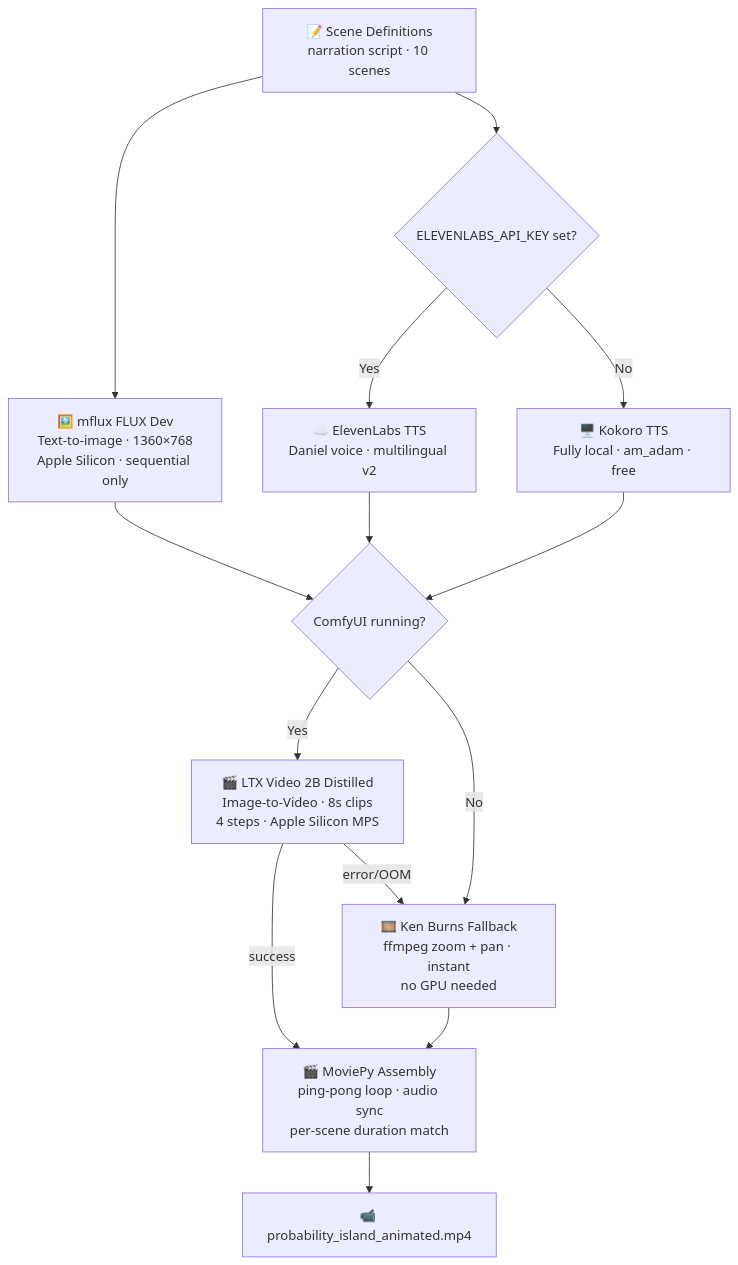
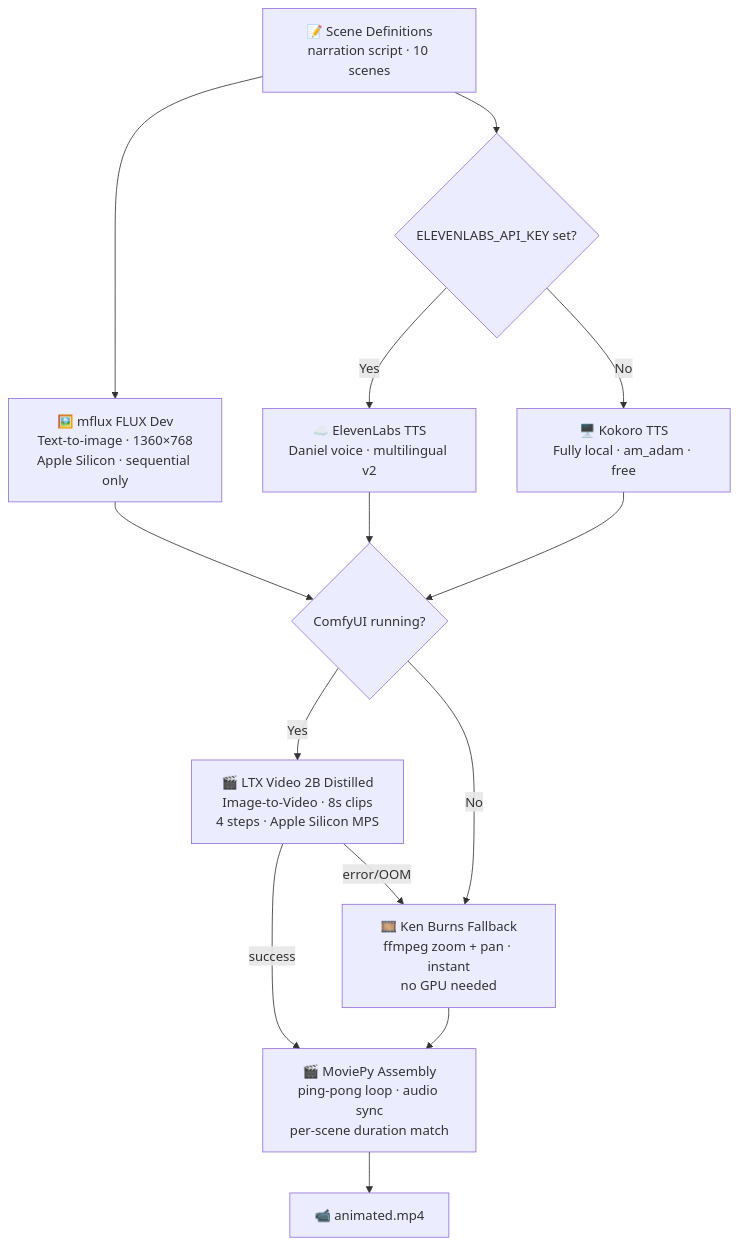
One commit to LakshmiSravyaVedantham/gurukul-ai changed the diagram in README.md. Above: the diagram before and after it, drawn with Mermaid.

````diff
--- a/README.md
+++ b/README.md
@@ -3,27 +3,27 @@
 ```mermaid
 flowchart TD
     A[📝 Scene Definitions\nnarration script · 10 scenes] --> B
     A --> C
 
     B[🖼️ mflux FLUX Dev\nText-to-image · 1360×768\nApple Silicon · sequential only]
 
     C{ELEVENLABS_API_KEY set?}
     C -- Yes --> D[☁️ ElevenLabs TTS\nDaniel voice · multilingual v2]
     C -- No  --> E[🖥️ Kokoro TTS\nFully local · am_adam · free]
 
     B --> F
     D --> F
     E --> F
 
     F{ComfyUI running?}
     F -- Yes --> G[🎬 LTX Video 2B Distilled\nImage-to-Video · 8s clips\n4 steps · Apple Silicon MPS]
     F -- No  --> H[🎞️ Ken Burns Fallback\nffmpeg zoom + pan · instant\nno GPU needed]
 
     G -- success --> I
     G -- error/OOM --> H
     H --> I
 
     I[🎬 MoviePy Assembly\nping-pong loop · audio sync\nper-scene duration match]
 
-    I --> J[📹 probability_island_animated.mp4]
+    I --> J[📹 animated.mp4]
 ```
````
